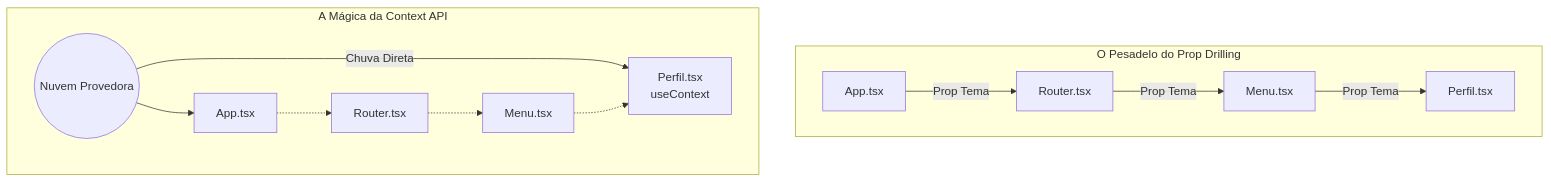
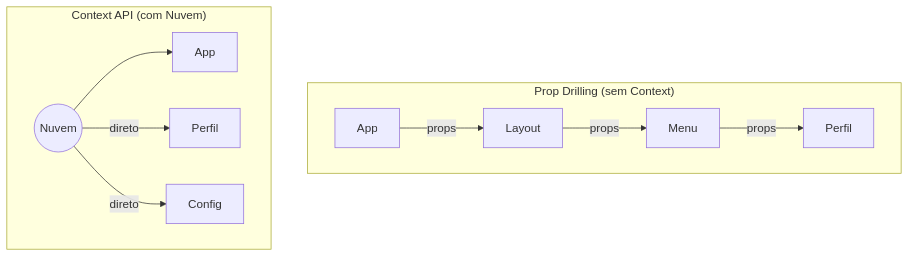
One commit to Etec-Bento-Quirino/Programacao-Aplicativos-Moveis-I changed the diagram in modulo-05-estado-persistencia/aula-12-contexto-hooks/apresentacao.md. Above: the diagram before and after it, drawn with Mermaid. The commit also changed other lines of this file and 84 other files, not shown here.

````diff
--- a/modulo-05-estado-persistencia/aula-12-contexto-hooks/apresentacao.md
+++ b/modulo-05-estado-persistencia/aula-12-contexto-hooks/apresentacao.md
@@ -22,16 +74,14 @@
 ```mermaid
 graph TD
-    subgraph "O Pesadelo do Prop Drilling"
-        A1[App.tsx] -->|Prop Tema| B1[Router.tsx]
-        B1 -->|Prop Tema| C1[Menu.tsx]
-        C1 -->|Prop Tema| D1[Perfil.tsx]
+    subgraph "Prop Drilling (sem Context)"
+        A1[App] -->|props| B1[Layout]
+        B1 -->|props| C1[Menu]
+        C1 -->|props| D1[Perfil]
     end
-    
-    subgraph "A Mágica da Context API"
-        Nuvem((Nuvem Provedora)) --> A2[App.tsx]
-        Nuvem -->|Chuva Direta| D2[Perfil.tsx <br> useContext]
-        A2 -.-> B2[Router.tsx]
-        B2 -.-> C2[Menu.tsx]
-        C2 -.-> D2
+
+    subgraph "Context API (com Nuvem)"
+        Nuvem((Nuvem)) --> A2[App]
+        Nuvem -->|direto| D2[Perfil]
+        Nuvem -->|direto| C2[Config]
     end
 ```
````
